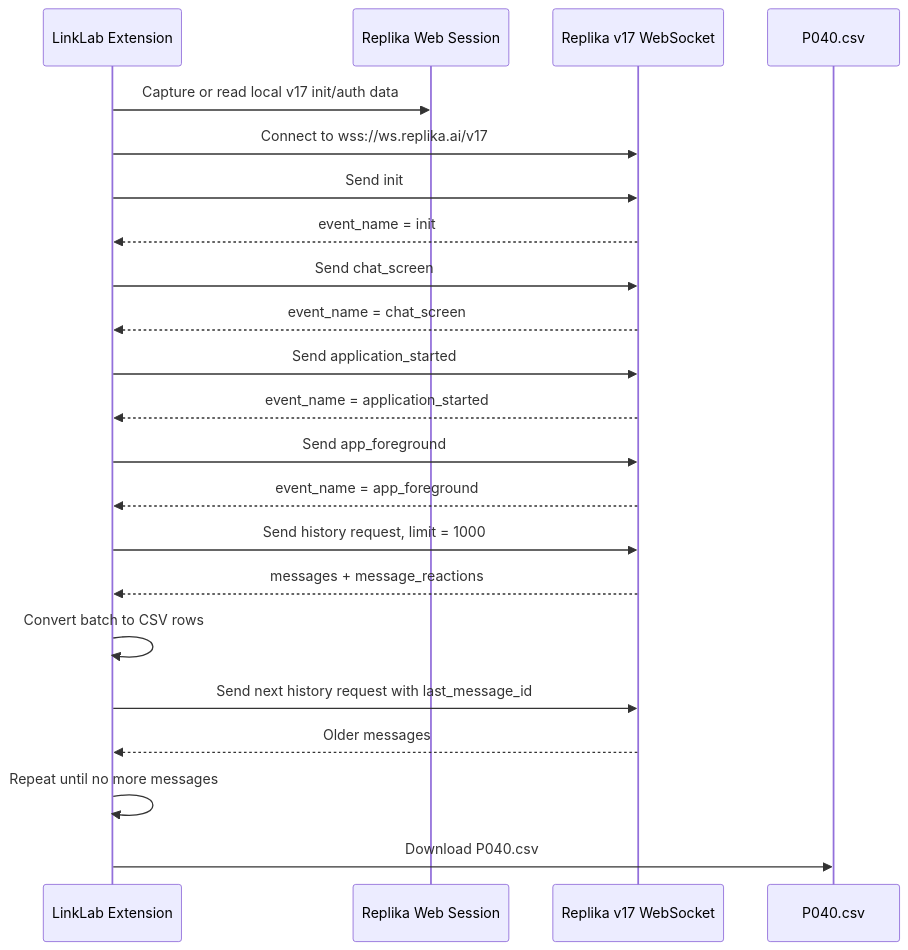
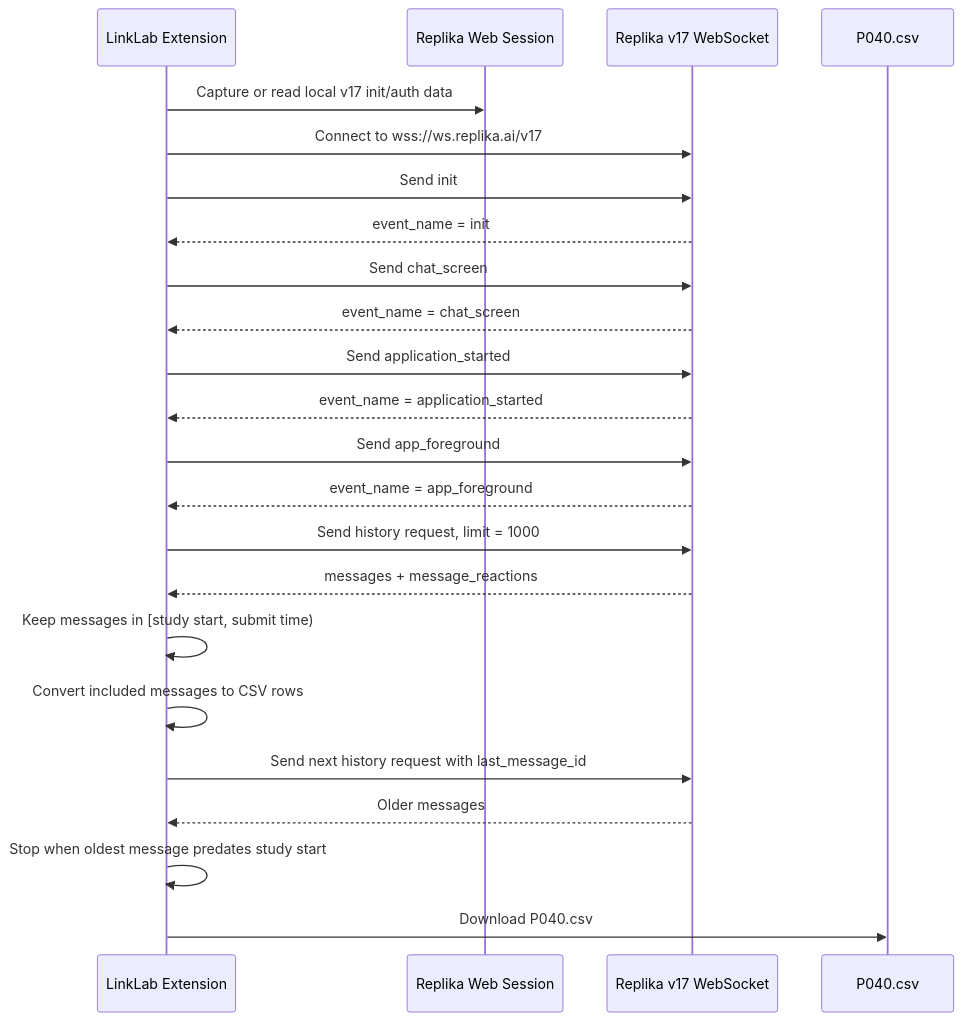
The third of 7 diagrams in replika-online-export-visual-workflow.md (PengLin-Zilv/CompanionLink), drawn with Mermaid before and after one commit. The commit also changed other lines of this file and 12 other files, not shown here.

Commit message:
feat: filter exports by study start date

````diff
--- a/replika-online-export-visual-workflow.md
+++ b/replika-online-export-visual-workflow.md
@@ -108,31 +113,32 @@
 ```mermaid
 sequenceDiagram
     participant Ext as LinkLab Extension
     participant Web as Replika Web Session
     participant WS as Replika v17 WebSocket
     participant CSV as P040.csv
 
     Ext->>Web: Capture or read local v17 init/auth data
     Ext->>WS: Connect to wss://ws.replika.ai/v17
     Ext->>WS: Send init
     WS-->>Ext: event_name = init
 
     Ext->>WS: Send chat_screen
     WS-->>Ext: event_name = chat_screen
 
     Ext->>WS: Send application_started
     WS-->>Ext: event_name = application_started
 
     Ext->>WS: Send app_foreground
     WS-->>Ext: event_name = app_foreground
 
     Ext->>WS: Send history request, limit = 1000
     WS-->>Ext: messages + message_reactions
 
-    Ext->>Ext: Convert batch to CSV rows
+    Ext->>Ext: Keep messages in [study start, submit time)
+    Ext->>Ext: Convert included messages to CSV rows
     Ext->>WS: Send next history request with last_message_id
     WS-->>Ext: Older messages
 
-    Ext->>Ext: Repeat until no more messages
+    Ext->>Ext: Stop when oldest message predates study start
     Ext->>CSV: Download P040.csv
 ```
````
